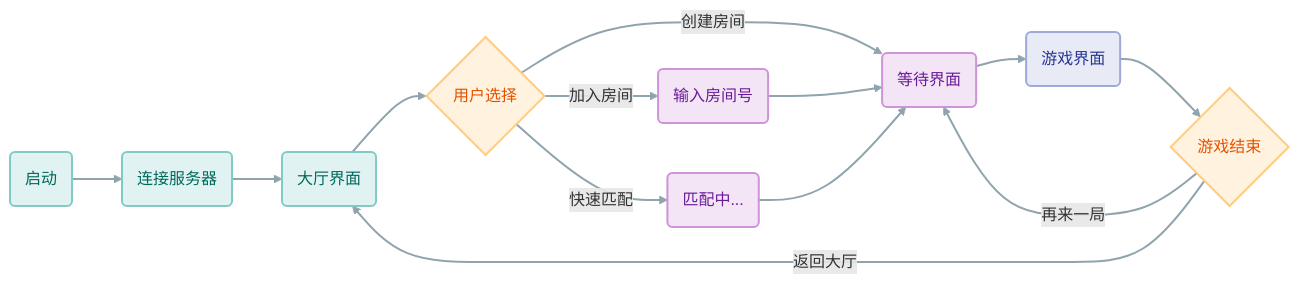
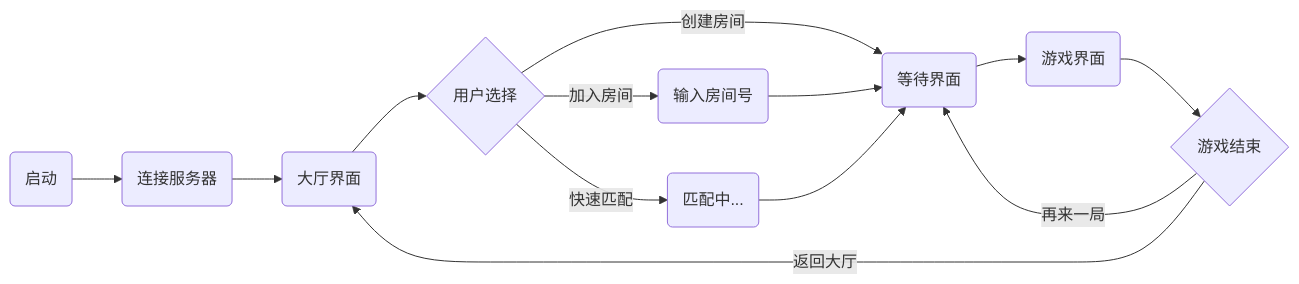
One commit to palemoky/fight-the-landlord changed the third of 3 diagrams in README.md. Above: the diagram before and after it, drawn with Mermaid. The commit also changed other lines of this file and 1 other file, not shown here.

````diff
--- a/README.md
+++ b/README.md
@@ -100,46 +135,32 @@
 ```mermaid
 graph LR
-    %% --- 莫兰迪配色定义 ---
-    %% 启动阶段：淡雅的鼠尾草绿
-    classDef setup fill:#E0F2F1,stroke:#80CBC4,stroke-width:2px,color:#00695C;
-    %% 决策节点：柔和的杏色
-    classDef decision fill:#FFF3E0,stroke:#FFCC80,stroke-width:2px,color:#E65100;
-    %% 中间过程：淡紫灰
-    classDef process fill:#F3E5F5,stroke:#CE93D8,stroke-width:2px,color:#6A1B9A;
-    %% 游戏核心：静谧的雾霾蓝
-    classDef game fill:#E8EAF6,stroke:#9FA8DA,stroke-width:2px,color:#283593;
-
-    %% --- 节点定义 ---
     Start(启动):::setup
     Connect(连接服务器):::setup
     Lobby(大厅界面):::setup
 
     UserSelect{用户选择}:::decision
 
     Input(输入房间号):::process
     Matching(匹配中...):::process
 
     Waiting(等待界面):::process
     GameScreen(游戏界面):::game
 
     GameOver{游戏结束}:::decision
 
     %% --- 连接流程 ---
     %% 启动流程
     Start --> Connect --> Lobby --> UserSelect
 
     %% 分支流程
     UserSelect -- 创建房间 --> Waiting
     UserSelect -- 加入房间 --> Input --> Waiting
     UserSelect -- 快速匹配 --> Matching --> Waiting
 
     %% 游戏流程
     Waiting --> GameScreen --> GameOver
 
     %% 循环/返回流程
     GameOver -- 再来一局 --> Waiting
     GameOver -- 返回大厅 --> Lobby
-
-    %% --- 线条样式优化 ---
-    linkStyle default stroke:#90A4AE,stroke-width:2px,fill:none;
 ```
````
